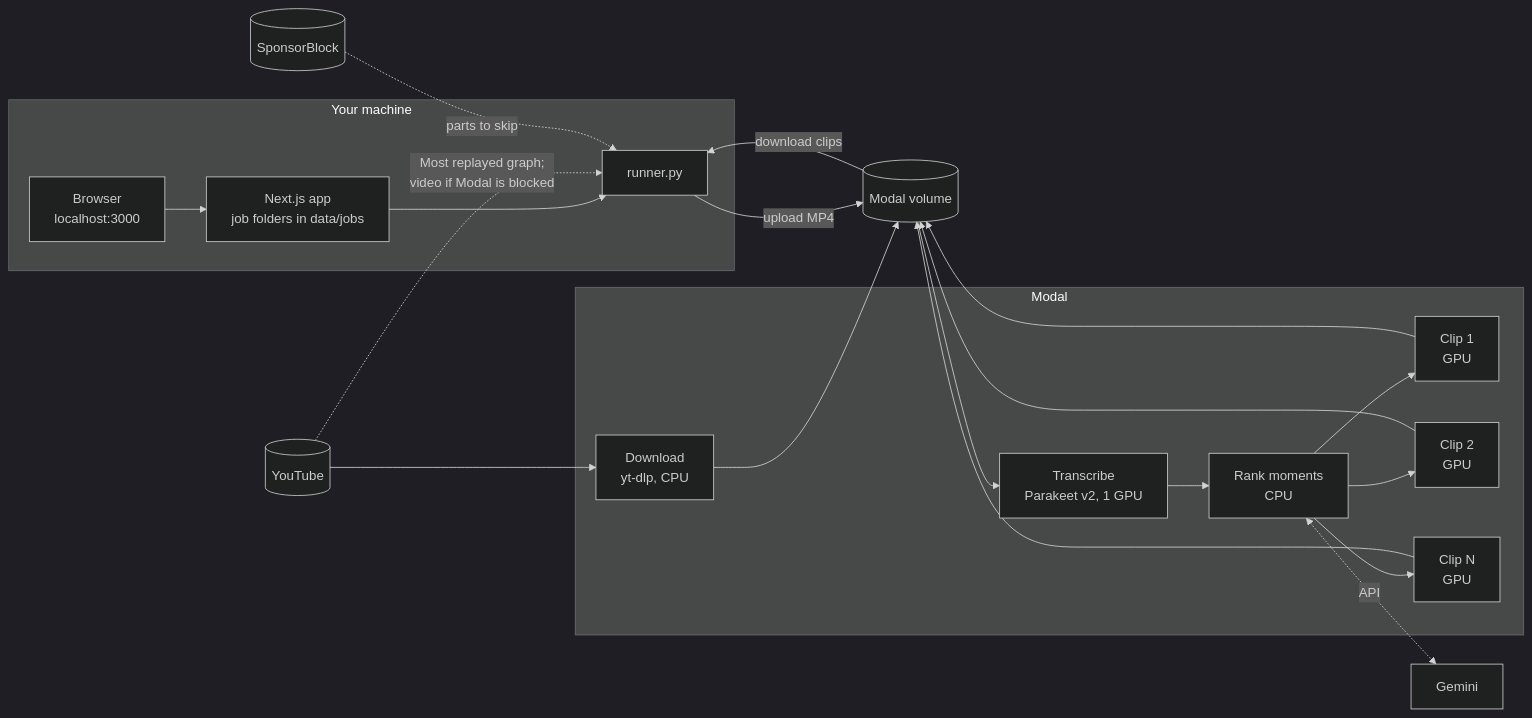
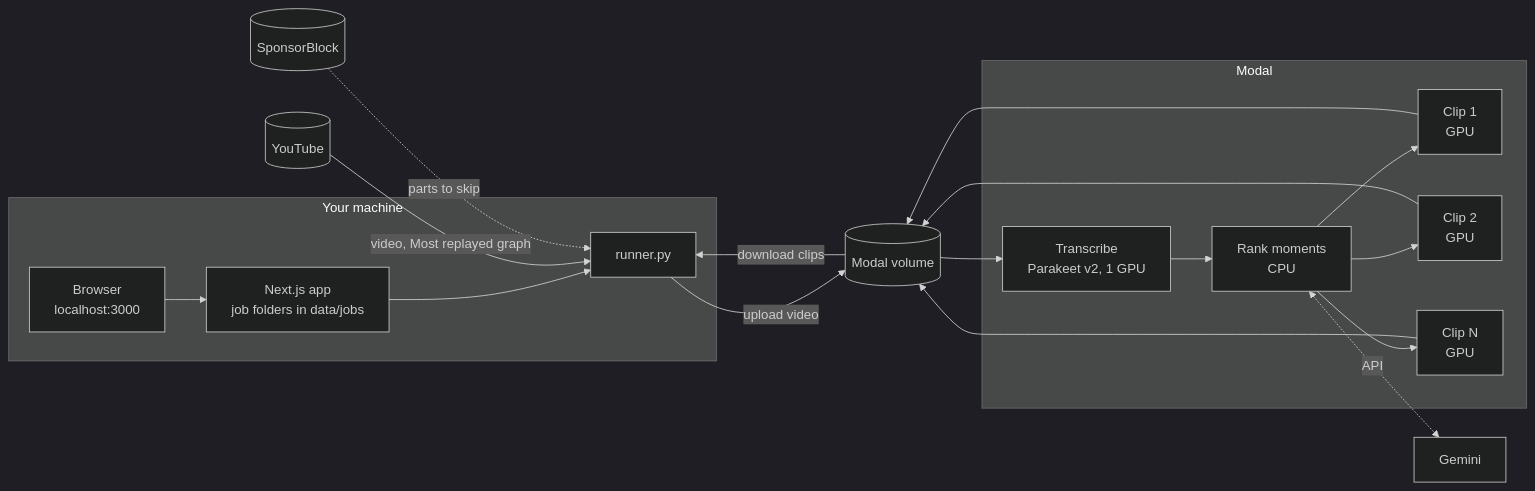
One commit to Akash-Sakala/ai-podcast-clipper changed the diagram in README.md. Above: the diagram before and after it, drawn with Mermaid (dark theme). The commit also changed other lines of this file and 44 other files, not shown here.

````diff
--- a/README.md
+++ b/README.md
@@ -32,25 +33,23 @@
 ```mermaid
 flowchart LR
     subgraph laptop["Your machine"]
         ui["Browser<br/>localhost:3000"] --> app["Next.js app<br/>job folders in data/jobs"]
         app --> runner["runner.py"]
     end
 
-    runner -- "upload MP4" --> vol[("Modal volume")]
-    yt[("YouTube")] -. "Most replayed graph;<br/>video if Modal is blocked" .-> runner
+    runner -- "upload video" --> vol[("Modal volume")]
+    yt[("YouTube")] -- "video, Most replayed graph" --> runner
     sb[("SponsorBlock")] -. "parts to skip" .-> runner
 
     subgraph modal["Modal"]
-        dl["Download<br/>yt-dlp, CPU"]
         asr["Transcribe<br/>Parakeet v2, 1 GPU"] --> rank["Rank moments<br/>CPU"]
         rank --> r1["Clip 1<br/>GPU"]
         rank --> r2["Clip 2<br/>GPU"]
         rank --> rn["Clip N<br/>GPU"]
     end
 
-    yt --> dl --> vol
     vol --> asr
     rank <-. "API" .-> gemini["Gemini"]
     r1 & r2 & rn --> vol
     vol -- "download clips" --> runner
 ```
````
